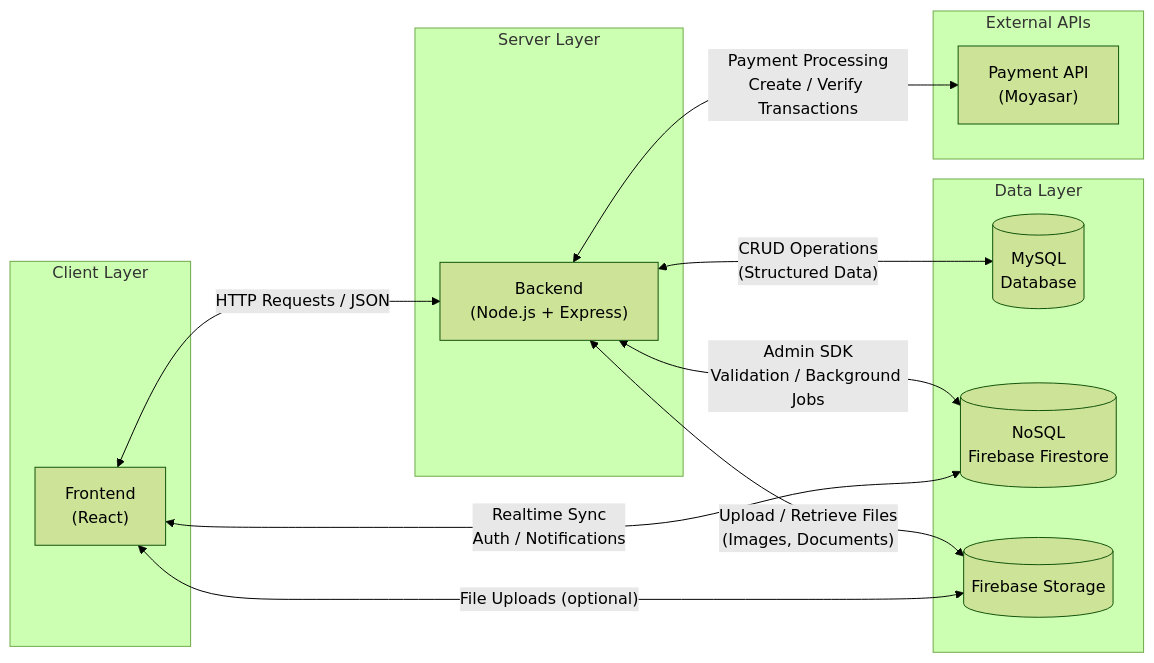
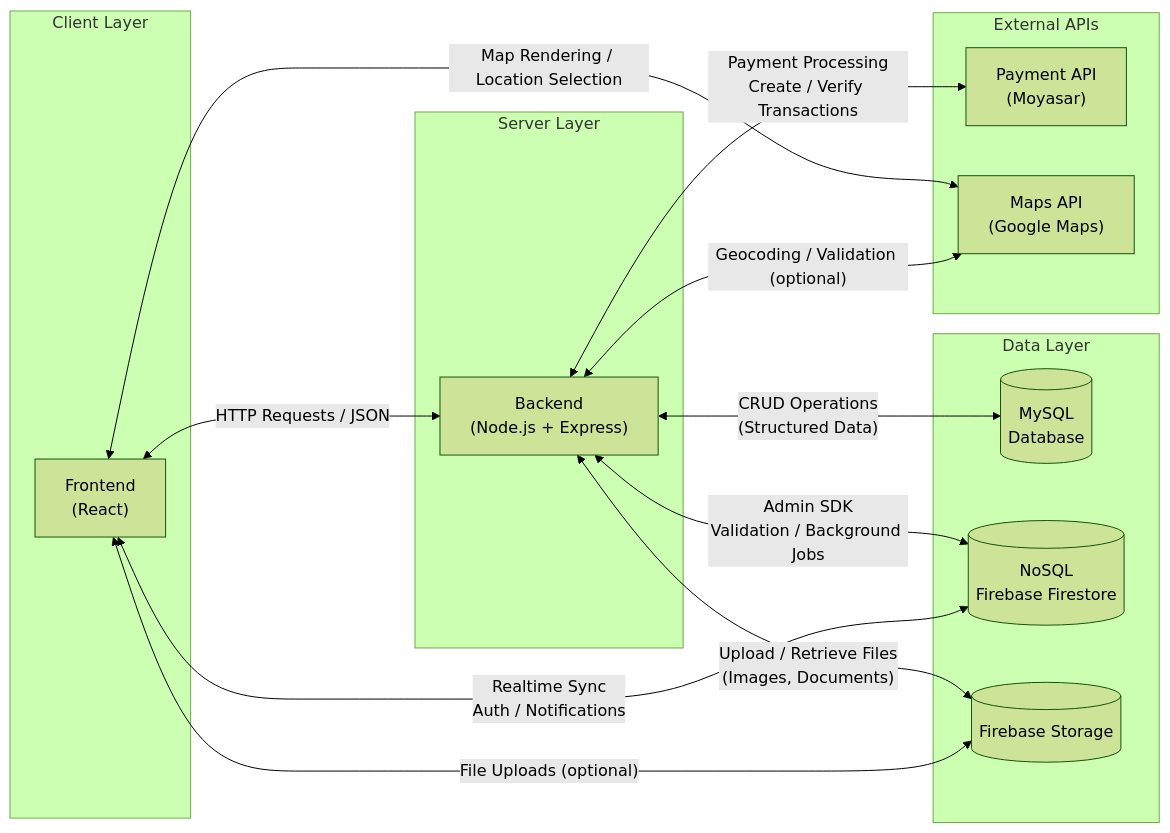
Before and after one commit to aziz5g-tech/holbertonschool-portfolio-project: the diagram in Stage 3/1. Design System Architecture/high-level architecture diagram .md, drawn with Mermaid (forest theme). The commit also changed other lines of this file, not shown here.

Commit message:
Add high-level architecture diagram to documentation
Added a high-level architecture diagram to illustrate the system's three-layer architecture and its components.

````diff
--- a/Stage 3/1. Design System Architecture/high-level architecture diagram .md
+++ b/Stage 3/1. Design System Architecture/high-level architecture diagram .md
@@ -4,41 +6,48 @@
 ```mermaid
 flowchart LR
     subgraph Client["Client Layer"]
         FE["Frontend<br/>(React)"]
     end
 
     subgraph Server["Server Layer"]
         BE["Backend<br/>(Node.js + Express)"]
     end
 
     subgraph Data["Data Layer"]
         DB[(MySQL<br/>Database)]
         DB2[(NoSQL<br/>Firebase Firestore)]
         FS[(Firebase Storage)]
     end
 
     subgraph External["External APIs"]
         MOYASAR["Payment API<br/>(Moyasar)"]
+        GMAPS["Maps API<br/>(Google Maps)"]
     end
 
     %% Client ↔ Backend
     FE <-->|"HTTP Requests / JSON"| BE
 
     %% Backend ↔ MySQL
     BE <-->|"CRUD Operations<br/>(Structured Data)"| DB
 
     %% Backend ↔ Firebase Firestore
     BE <-->|"Admin SDK<br/>Validation / Background Jobs"| DB2
 
     %% Backend ↔ Firebase Storage
     BE <-->|"Upload / Retrieve Files<br/>(Images, Documents)"| FS
 
     %% Client ↔ Firebase Firestore
     FE <-->|"Realtime Sync<br/>Auth / Notifications"| DB2
 
     %% Client ↔ Firebase Storage (optional direct upload)
     FE <-->|"File Uploads (optional)"| FS
 
     %% Backend ↔ Payment Gateway
     BE <-->|"Payment Processing<br/>Create / Verify Transactions"| MOYASAR
+
+    %% Frontend ↔ Google Maps
+    FE <-->|"Map Rendering / Location Selection"| GMAPS
+
+    %% Backend ↔ Google Maps (optional)
+    BE <-->|"Geocoding / Validation (optional)"| GMAPS
 ```
````
